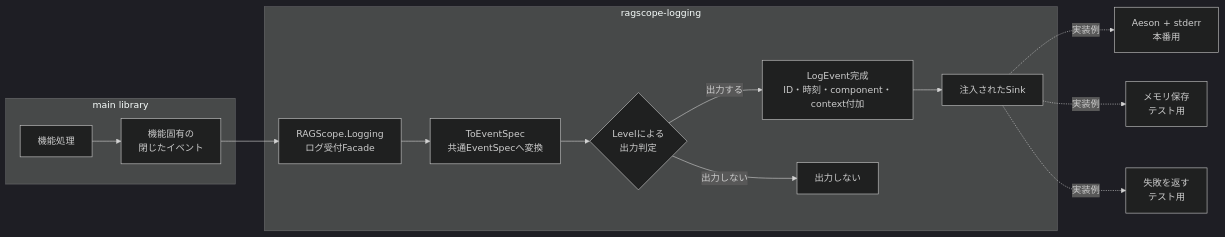
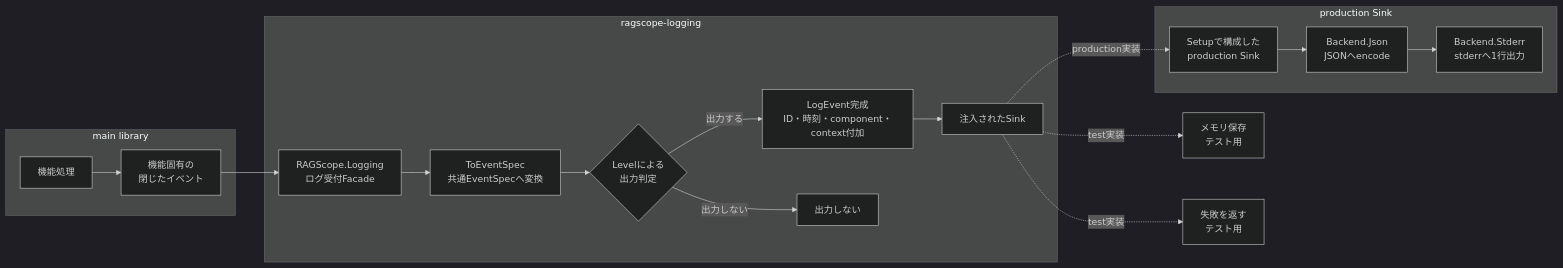
The second of 3 diagrams in project-docs/design/構造化ログ詳細設計.md (takashit16833/RAGScope), drawn with Mermaid (dark theme) before and after one commit. The commit also changed other lines of this file and 2 other files, not shown here.

````diff
--- a/project-docs/design/構造化ログ詳細設計.md
+++ b/project-docs/design/構造化ログ詳細設計.md
@@ -36,29 +36,35 @@
 ```mermaid
 flowchart LR
     subgraph Main["main library"]
         Func["機能処理"]
         Event["機能固有の<br>閉じたイベント"]
         Func --> Event
     end
 
     subgraph Logging["ragscope-logging"]
         Facade["RAGScope.Logging<br>ログ受付Facade"]
         Mapping["ToEventSpec<br>共通EventSpecへ変換"]
         Filter{"Levelによる<br>出力判定"}
         Complete["LogEvent完成<br>ID・時刻・component・context付加"]
         Sink["注入されたSink"]
         Drop["出力しない"]
 
         Event --> Facade --> Mapping --> Filter
         Filter -->|"出力しない"| Drop
         Filter -->|"出力する"| Complete --> Sink
     end
 
-    Stderr["Aeson + stderr<br>本番用"]
+    subgraph Production["production Sink"]
+        ProductionSink["Setupで構成した<br>production Sink"]
+        Json["Backend.Json<br>JSONへencode"]
+        Stderr["Backend.Stderr<br>stderrへ1行出力"]
+        ProductionSink --> Json --> Stderr
+    end
+
     Memory["メモリ保存<br>テスト用"]
     Failure["失敗を返す<br>テスト用"]
 
-    Sink -.->|"実装例"| Stderr
-    Sink -.->|"実装例"| Memory
-    Sink -.->|"実装例"| Failure
+    Sink -.->|"production実装"| ProductionSink
+    Sink -.->|"test実装"| Memory
+    Sink -.->|"test実装"| Failure
 ```
````
